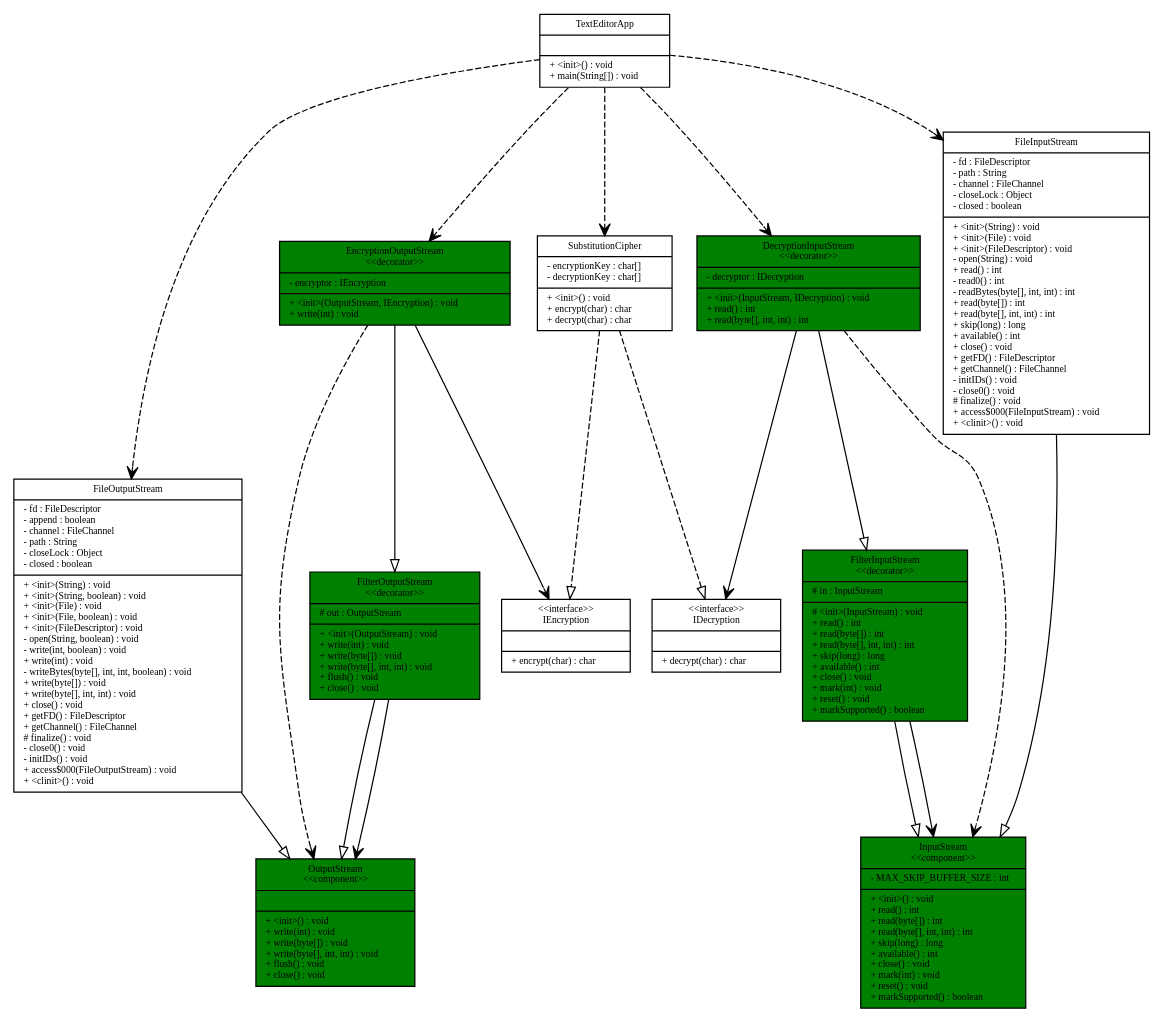
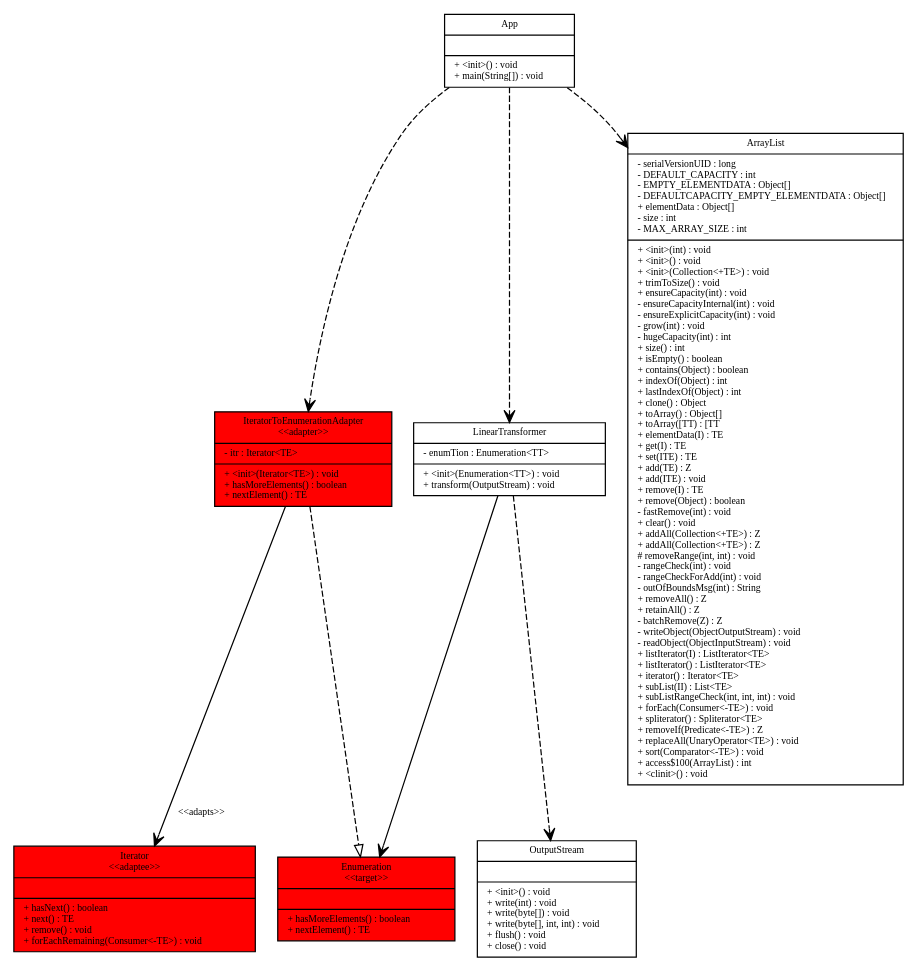
One commit to LoganErexson/CSSE374TeamProject changed the diagram in input_output/Diagram.gv. Above: the diagram before and after it, drawn with Graphviz. The commit also changed 5 other files, not shown here.

```diff
--- a/input_output/Diagram.gv
+++ b/input_output/Diagram.gv
@@ -1,115 +1,77 @@
 digraph G {
 fontname = " Bitstream Vera San"
 fontsize =8
 node [
 style=filled
 fillcolor=white
 fontname = "Bitstream Vera Sans"
 fontsize =8
 shape = "record"]
 edge [
 fontname = "Bitstream Vera Sans"
 fontsize =8
 ]
-DecryptionInputStream [
-fillcolor = green
-label = "{DecryptionInputStream
-\n\<\<decorator\>\>\n|- decryptor : IDecryption\l|+ \<init\>(InputStream, IDecryption) : void\l+ read() : int\l+ read(byte[], int, int) : int\l}"
-]
-EncryptionOutputStream [
-fillcolor = green
-label = "{EncryptionOutputStream
-\n\<\<decorator\>\>\n|- encryptor : IEncryption\l|+ \<init\>(OutputStream, IEncryption) : void\l+ write(int) : void\l}"
-]
-IDecryption [
-label = "{\<\<interface\>\>\nIDecryption
-||+ decrypt(char) : char\l}"
-]
-IEncryption [
-label = "{\<\<interface\>\>\nIEncryption
-||+ encrypt(char) : char\l}"
-]
-SubstitutionCipher [
-label = "{SubstitutionCipher
-|- encryptionKey : char[]\l- decryptionKey : char[]\l|+ \<init\>() : void\l+ encrypt(char) : char\l+ decrypt(char) : char\l}"
-]
-TextEditorApp [
-label = "{TextEditorApp
+App [
+label = "{App
 ||+ \<init\>() : void\l+ main(String[]) : void\l}"
 ]
-FilterInputStream [
-fillcolor = green
-label = "{FilterInputStream
-\n\<\<decorator\>\>\n|# in : InputStream\l|# \<init\>(InputStream) : void\l+ read() : int\l+ read(byte[]) : int\l+ read(byte[], int, int) : int\l+ skip(long) : long\l+ available() : int\l+ close() : void\l+ mark(int) : void\l+ reset() : void\l+ markSupported() : boolean\l}"
+IteratorToEnumerationAdapter [
+fillcolor = red
+label = "{IteratorToEnumerationAdapter
+\n\<\<adapter\>\>\n|- itr : Iterator\<TE\>\l|+ \<init\>(Iterator\<TE\>) : void\l+ hasMoreElements() : boolean\l+ nextElement() : TE\l}"
 ]
-FilterOutputStream [
-fillcolor = green
-label = "{FilterOutputStream
-\n\<\<decorator\>\>\n|# out : OutputStream\l|+ \<init\>(OutputStream) : void\l+ write(int) : void\l+ write(byte[]) : void\l+ write(byte[], int, int) : void\l+ flush() : void\l+ close() : void\l}"
+LinearTransformer [
+label = "{LinearTransformer
+|- enumTion : Enumeration\<TT\>\l|+ \<init\>(Enumeration\<TT\>) : void\l+ transform(OutputStream) : void\l}"
 ]
-FileInputStream [
-label = "{FileInputStream
-|- fd : FileDescriptor\l- path : String\l- channel : FileChannel\l- closeLock : Object\l- closed : boolean\l|+ \<init\>(String) : void\l+ \<init\>(File) : void\l+ \<init\>(FileDescriptor) : void\l- open(String) : void\l+ read() : int\l- read0() : int\l- readBytes(byte[], int, int) : int\l+ read(byte[]) : int\l+ read(byte[], int, int) : int\l+ skip(long) : long\l+ available() : int\l+ close() : void\l+ getFD() : FileDescriptor\l+ getChannel() : FileChannel\l- initIDs() : void\l- close0() : void\l# finalize() : void\l+ access$000(FileInputStream) : void\l+ \<clinit\>() : void\l}"
+ArrayList [
+label = "{ArrayList
+|- serialVersionUID : long\l- DEFAULT_CAPACITY : int\l- EMPTY_ELEMENTDATA : Object[]\l- DEFAULTCAPACITY_EMPTY_ELEMENTDATA : Object[]\l+ elementData : Object[]\l- size : int\l- MAX_ARRAY_SIZE : int\l|+ \<init\>(int) : void\l+ \<init\>() : void\l+ \<init\>(Collection\<+TE\>) : void\l+ trimToSize() : void\l+ ensureCapacity(int) : void\l- ensureCapacityInternal(int) : void\l- ensureExplicitCapacity(int) : void\l- grow(int) : void\l- hugeCapacity(int) : int\l+ size() : int\l+ isEmpty() : boolean\l+ contains(Object) : boolean\l+ indexOf(Object) : int\l+ lastIndexOf(Object) : int\l+ clone() : Object\l+ toArray() : Object[]\l+ toArray([TT) : [TT\l+ elementData(I) : TE\l+ get(I) : TE\l+ set(ITE) : TE\l+ add(TE) : Z\l+ add(ITE) : void\l+ remove(I) : TE\l+ remove(Object) : boolean\l- fastRemove(int) : void\l+ clear() : void\l+ addAll(Collection\<+TE\>) : Z\l+ addAll(Collection\<+TE\>) : Z\l# removeRange(int, int) : void\l- rangeCheck(int) : void\l- rangeCheckForAdd(int) : void\l- outOfBoundsMsg(int) : String\l+ removeAll() : Z\l+ retainAll() : Z\l- batchRemove(Z) : Z\l- writeObject(ObjectOutputStream) : void\l- readObject(ObjectInputStream) : void\l+ listIterator(I) : ListIterator\<TE\>\l+ listIterator() : ListIterator\<TE\>\l+ iterator() : Iterator\<TE\>\l+ subList(II) : List\<TE\>\l+ subListRangeCheck(int, int, int) : void\l+ forEach(Consumer\<-TE\>) : void\l+ spliterator() : Spliterator\<TE\>\l+ removeIf(Predicate\<-TE\>) : Z\l+ replaceAll(UnaryOperator\<TE\>) : void\l+ sort(Comparator\<-TE\>) : void\l+ access$100(ArrayList) : int\l+ \<clinit\>() : void\l}"
 ]
-FileOutputStream [
-label = "{FileOutputStream
-|- fd : FileDescriptor\l- append : boolean\l- channel : FileChannel\l- path : String\l- closeLock : Object\l- closed : boolean\l|+ \<init\>(String) : void\l+ \<init\>(String, boolean) : void\l+ \<init\>(File) : void\l+ \<init\>(File, boolean) : void\l+ \<init\>(FileDescriptor) : void\l- open(String, boolean) : void\l- write(int, boolean) : void\l+ write(int) : void\l- writeBytes(byte[], int, int, boolean) : void\l+ write(byte[]) : void\l+ write(byte[], int, int) : void\l+ close() : void\l+ getFD() : FileDescriptor\l+ getChannel() : FileChannel\l# finalize() : void\l- close0() : void\l- initIDs() : void\l+ access$000(FileOutputStream) : void\l+ \<clinit\>() : void\l}"
+Enumeration [
+fillcolor = red
+label = "{Enumeration
+\n\<\<target\>\>\n||+ hasMoreElements() : boolean\l+ nextElement() : TE\l}"
 ]
-InputStream [
-fillcolor = green
-label = "{InputStream
-\n\<\<component\>\>\n|- MAX_SKIP_BUFFER_SIZE : int\l|+ \<init\>() : void\l+ read() : int\l+ read(byte[]) : int\l+ read(byte[], int, int) : int\l+ skip(long) : long\l+ available() : int\l+ close() : void\l+ mark(int) : void\l+ reset() : void\l+ markSupported() : boolean\l}"
+Iterator [
+fillcolor = red
+label = "{Iterator
+\n\<\<adaptee\>\>\n||+ hasNext() : boolean\l+ next() : TE\l+ remove() : void\l+ forEachRemaining(Consumer\<-TE\>) : void\l}"
 ]
 OutputStream [
-fillcolor = green
 label = "{OutputStream
-\n\<\<component\>\>\n||+ \<init\>() : void\l+ write(int) : void\l+ write(byte[]) : void\l+ write(byte[], int, int) : void\l+ flush() : void\l+ close() : void\l}"
+||+ \<init\>() : void\l+ write(int) : void\l+ write(byte[]) : void\l+ write(byte[], int, int) : void\l+ flush() : void\l+ close() : void\l}"
 ]
 edge [
 arrowhead = "empty"
 style = "solid"
 ]
-FilterInputStream -> InputStream
-EncryptionOutputStream -> FilterOutputStream
-FileOutputStream -> OutputStream
-DecryptionInputStream -> FilterInputStream
-FilterOutputStream -> OutputStream
-FileInputStream -> InputStream
 edge [
 arrowhead = "vee"
 style = "solid"
 ]
-FilterInputStream -> InputStream
+LinearTransformer -> Enumeration
 edge [
 label = ""
 ]
-EncryptionOutputStream -> IEncryption
 edge [
-label = ""
+label = "\<\<adapts\>\>"
 ]
-DecryptionInputStream -> IDecryption
-edge [
-label = ""
-]
-FilterOutputStream -> OutputStream
+IteratorToEnumerationAdapter -> Iterator
 edge [
 label = ""
 ]
 edge [
 arrowhead = "empty"
 style = "dashed"
 ]
-SubstitutionCipher -> IEncryption
-SubstitutionCipher -> IDecryption
+IteratorToEnumerationAdapter -> Enumeration
 edge [
 arrowhead = "vee"
 style = "dashed"
 ]
-EncryptionOutputStream -> OutputStream
-DecryptionInputStream -> InputStream
-TextEditorApp -> SubstitutionCipher
-TextEditorApp -> DecryptionInputStream
-TextEditorApp -> FileInputStream
-TextEditorApp -> EncryptionOutputStream
-TextEditorApp -> FileOutputStream
+App -> ArrayList
+App -> IteratorToEnumerationAdapter
+App -> LinearTransformer
+LinearTransformer -> OutputStream
 }
```
